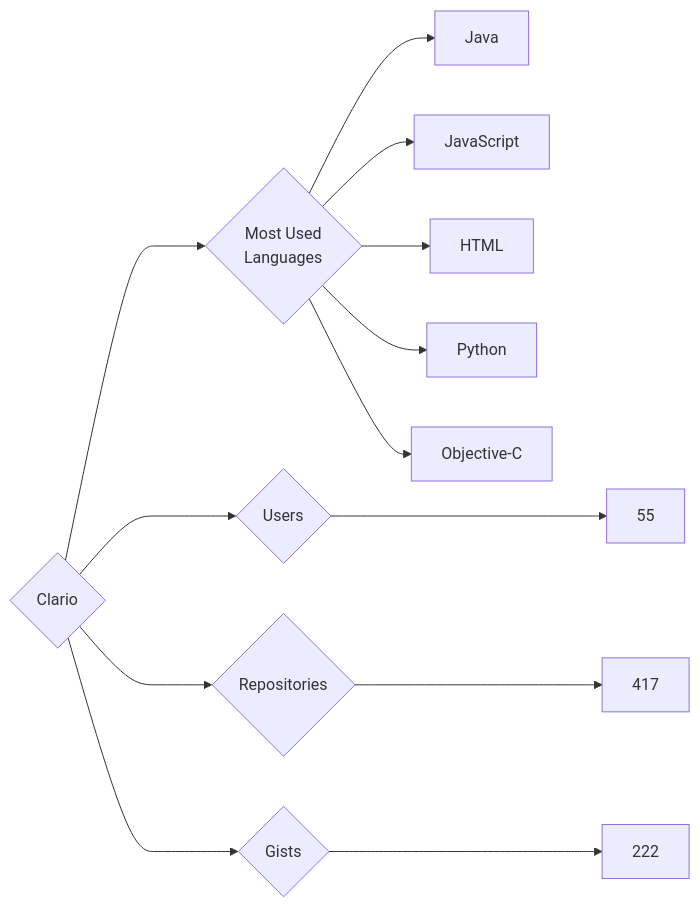
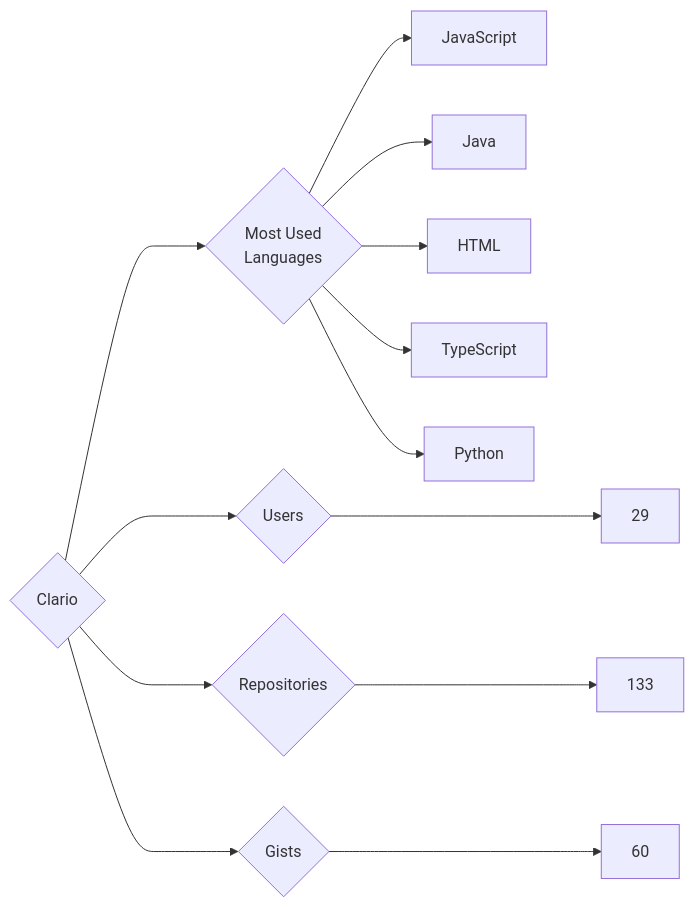
Before and after one commit to trickest/insiders: the diagram in targets/Clario/README.md, drawn with Mermaid. The commit also changed 736 other files, not shown here.

````diff
--- a/targets/Clario/README.md
+++ b/targets/Clario/README.md
@@ -3,13 +3,13 @@
 ```mermaid
 graph LR
 COMPANY_NAME{Clario}
-COMPANY_NAME ---> U{Users} ---> UN[55]
-COMPANY_NAME ---> R{Repositories} ---> RN[417]
-COMPANY_NAME ---> G{Gists} ---> GN[222]
+COMPANY_NAME ---> U{Users} ---> UN[29]
+COMPANY_NAME ---> R{Repositories} ---> RN[133]
+COMPANY_NAME ---> G{Gists} ---> GN[60]
 COMPANY_NAME ---> ML{Most Used<br>Languages}
+ML --> JavaScript[JavaScript]
 ML --> Java[Java]
-ML --> JavaScript[JavaScript]
 ML --> HTML[HTML]
+ML --> TypeScript[TypeScript]
 ML --> Python[Python]
-ML --> Objective-C[Objective-C]
 ```
````
